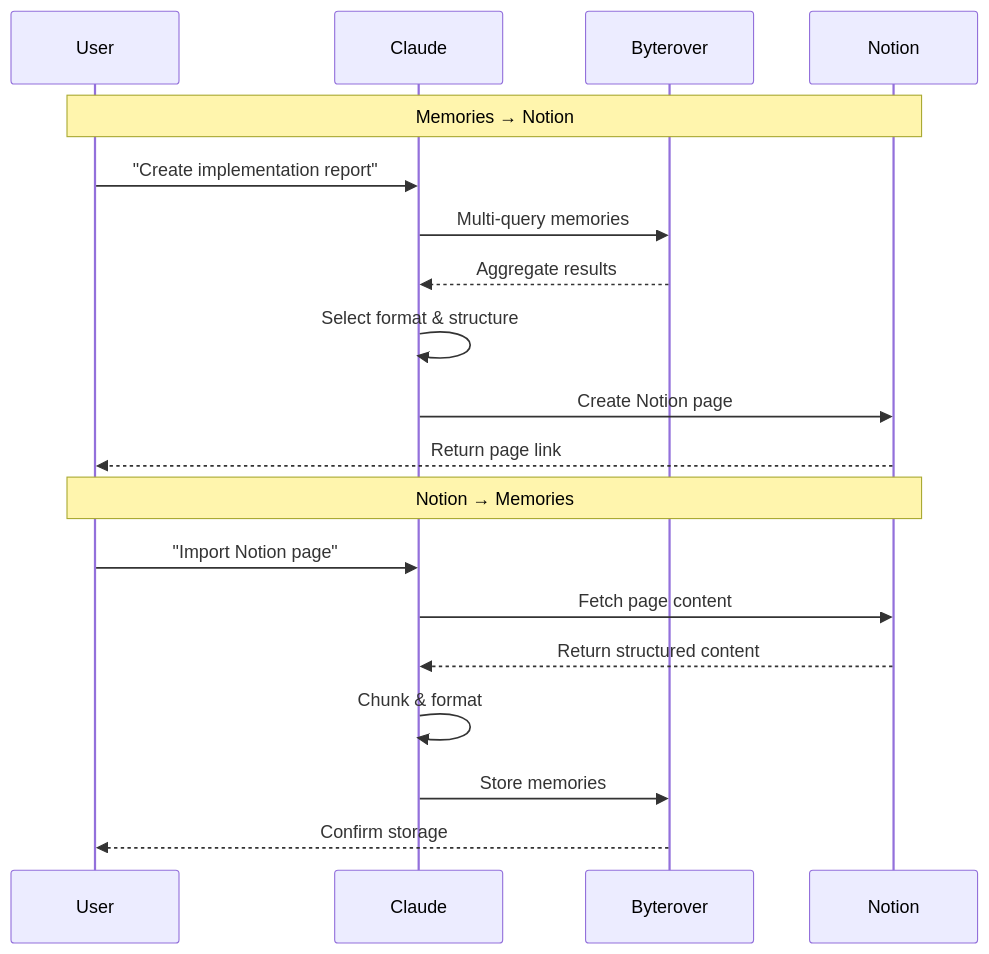
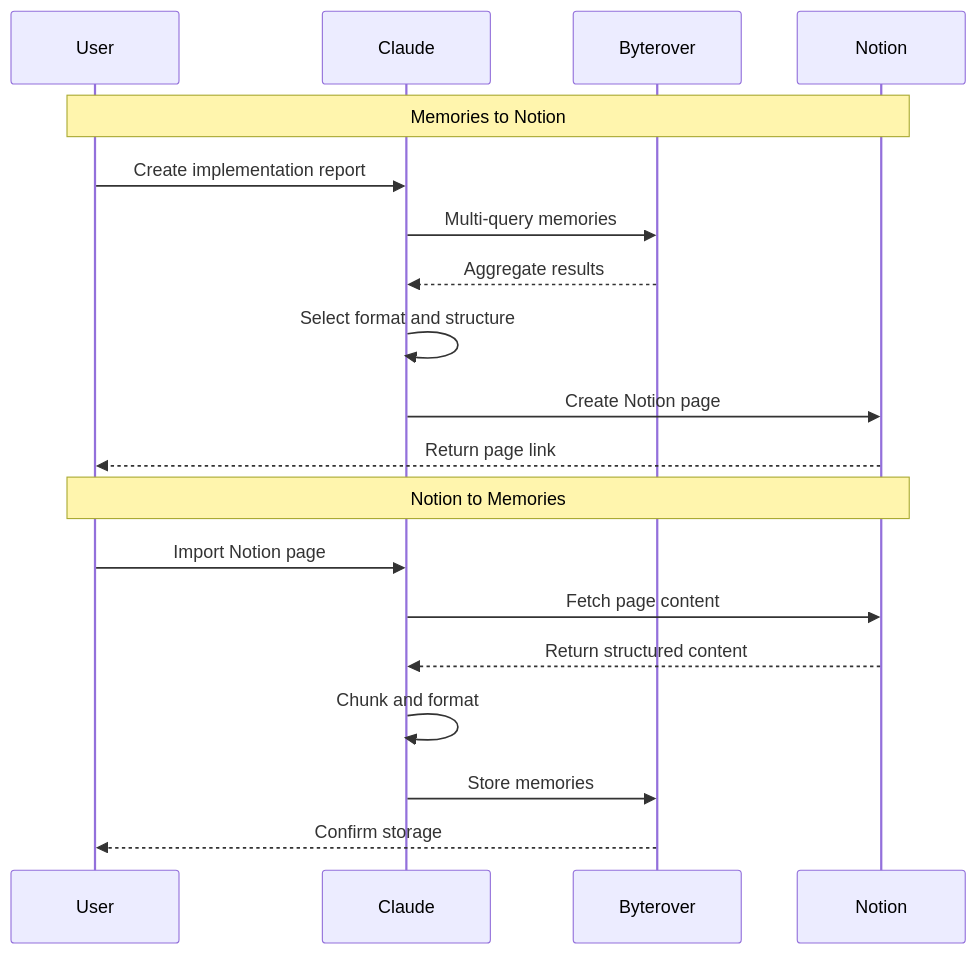
One commit to RyanNg1403/byterover-skills changed the fourth of 4 diagrams in README.md. Above: the diagram before and after it, drawn with Mermaid. The commit also changed other lines of this file, not shown here.

Commit message:
Fix formatting in README.md diagrams and notes

````diff
--- a/README.md
+++ b/README.md
@@ -126,23 +126,23 @@
 ```mermaid
 sequenceDiagram
     participant U as User
     participant C as Claude
     participant B as Byterover
     participant N as Notion
 
-    Note over U,N: Memories → Notion
-    U->>C: "Create implementation report"
+    Note over U,N: Memories to Notion
+    U->>C: Create implementation report
     C->>B: Multi-query memories
     B-->>C: Aggregate results
-    C->>C: Select format & structure
+    C->>C: Select format and structure
     C->>N: Create Notion page
     N-->>U: Return page link
 
-    Note over U,N: Notion → Memories
-    U->>C: "Import Notion page"
+    Note over U,N: Notion to Memories
+    U->>C: Import Notion page
     C->>N: Fetch page content
     N-->>C: Return structured content
-    C->>C: Chunk & format
+    C->>C: Chunk and format
     C->>B: Store memories
     B-->>U: Confirm storage
 ```
````
